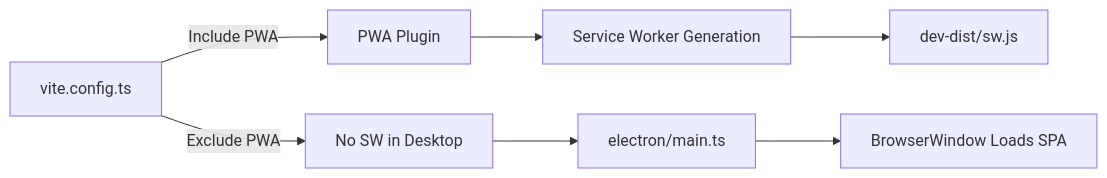
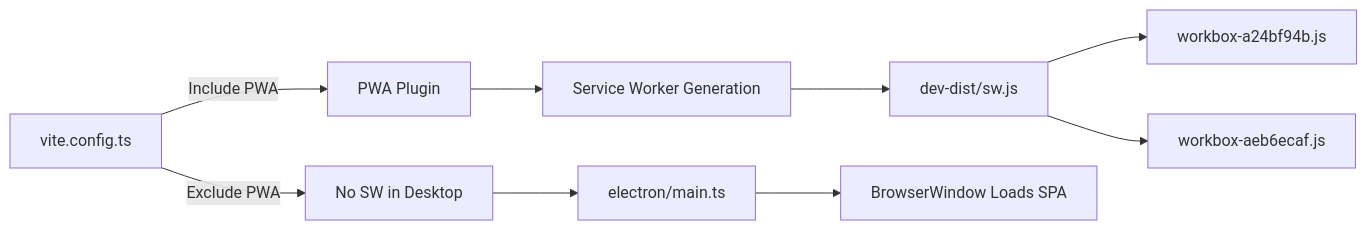
The ninth of 9 diagrams in .qoder/repowiki/en/content/Frontend Application Architecture/PWA and Offline Capabilities.md (Glimora-X/work-helper), drawn with Mermaid before and after one commit. The commit also changed other lines of this file and 5 other files, not shown here.

First line of the commit message:
docs(skill): enhance skill system architecture and documentation

````diff
--- a/.qoder/repowiki/en/content/Frontend Application Architecture/PWA and Offline Capabilities.md
+++ b/.qoder/repowiki/en/content/Frontend Application Architecture/PWA and Offline Capabilities.md
@@ -291,9 +347,11 @@
 ```mermaid
 graph LR
 VC["vite.config.ts"] --> |Include PWA| PWA["PWA Plugin"]
 VC --> |Exclude PWA| NoPWA["No SW in Desktop"]
 PWA --> SWGen["Service Worker Generation"]
 SWGen --> DevSW["dev-dist/sw.js"]
+DevSW --> WB1["workbox-a24bf94b.js"]
+DevSW --> WB2["workbox-aeb6ecaf.js"]
 NoPWA --> Electron["electron/main.ts"]
 Electron --> BW["BrowserWindow Loads SPA"]
 ```
````
